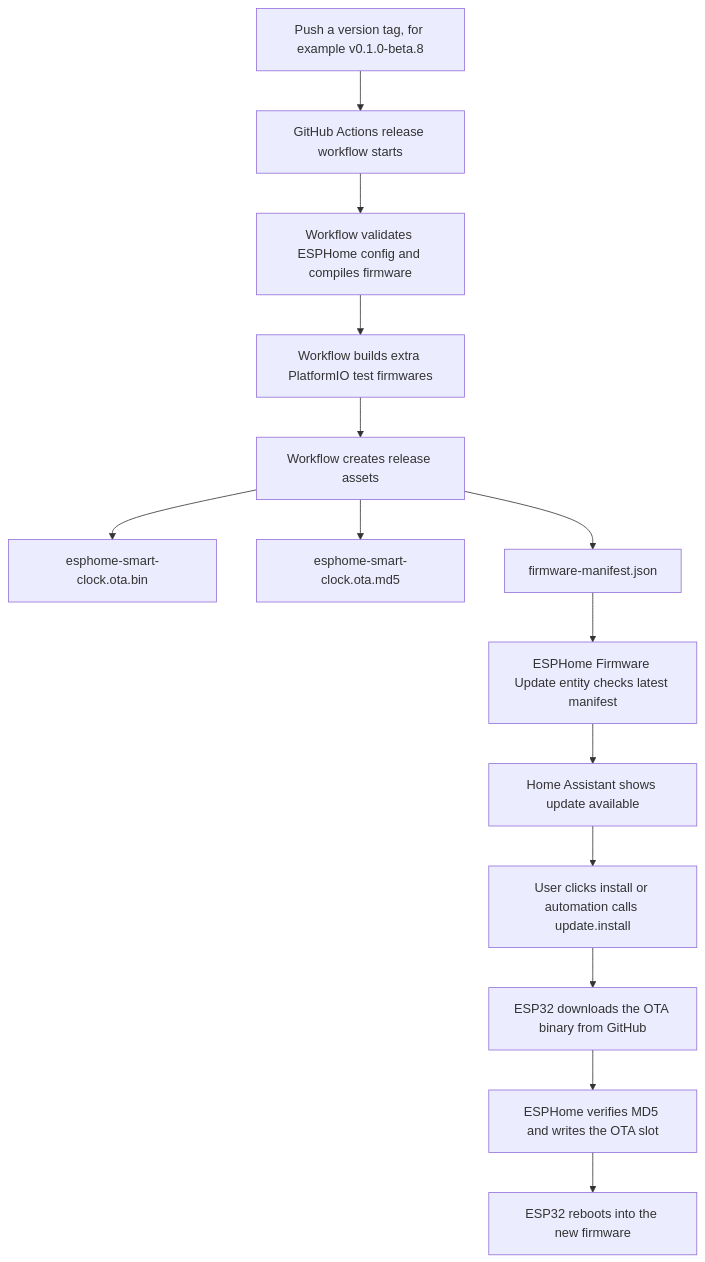
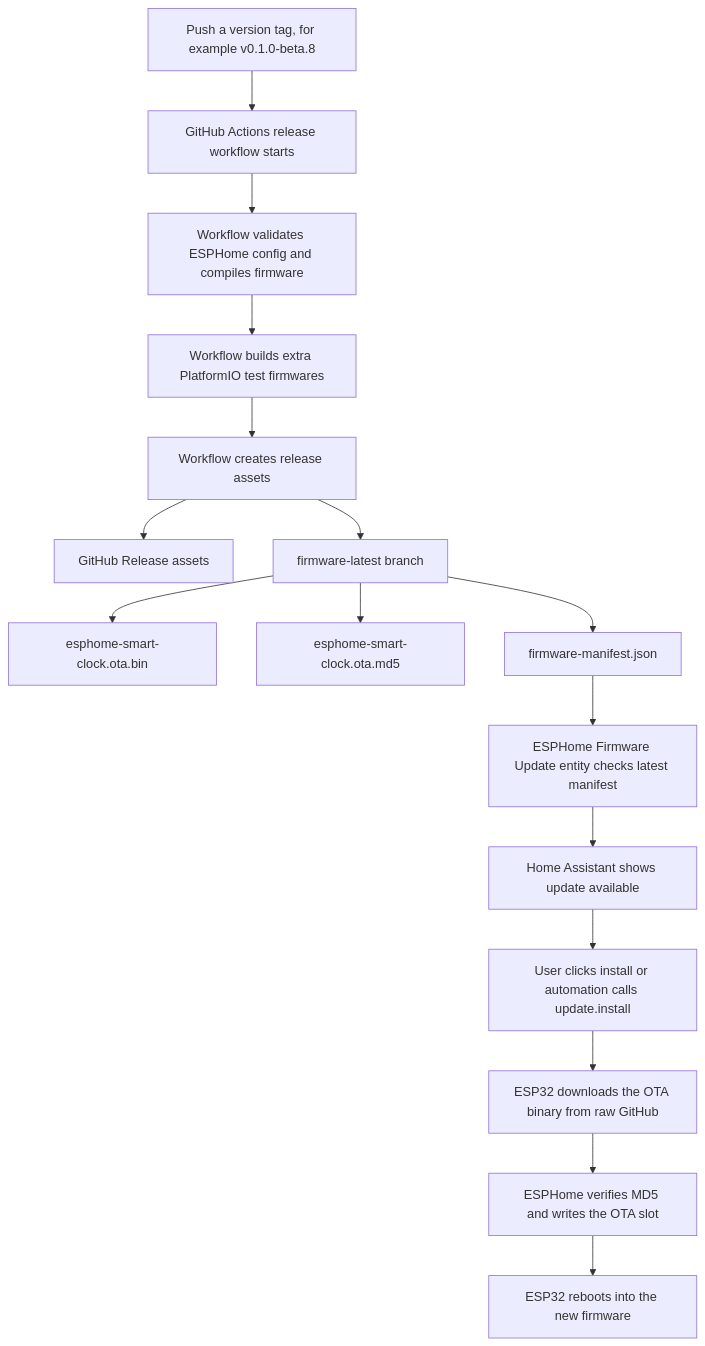
The diagram in docs/wiki/Development-And-Releases.md (NirBY/ESP32_Smart_Clock), drawn with Mermaid before and after one commit. The commit also changed other lines of this file and 4 other files, not shown here.

Commit message:
Use raw firmware update channel

````diff
--- a/docs/wiki/Development-And-Releases.md
+++ b/docs/wiki/Development-And-Releases.md
@@ -225,16 +232,18 @@
 ```mermaid
 flowchart TD
   A["Push a version tag, for example v0.1.0-beta.8"] --> B["GitHub Actions release workflow starts"]
   B --> C["Workflow validates ESPHome config and compiles firmware"]
   C --> D["Workflow builds extra PlatformIO test firmwares"]
   D --> E["Workflow creates release assets"]
-  E --> F["esphome-smart-clock.ota.bin"]
-  E --> G["esphome-smart-clock.ota.md5"]
-  E --> H["firmware-manifest.json"]
-  H --> I["ESPHome Firmware Update entity checks latest manifest"]
-  I --> J["Home Assistant shows update available"]
-  J --> K["User clicks install or automation calls update.install"]
-  K --> L["ESP32 downloads the OTA binary from GitHub"]
-  L --> M["ESPHome verifies MD5 and writes the OTA slot"]
-  M --> N["ESP32 reboots into the new firmware"]
+  E --> F["GitHub Release assets"]
+  E --> G["firmware-latest branch"]
+  G --> H["esphome-smart-clock.ota.bin"]
+  G --> I["esphome-smart-clock.ota.md5"]
+  G --> J["firmware-manifest.json"]
+  J --> K["ESPHome Firmware Update entity checks latest manifest"]
+  K --> L["Home Assistant shows update available"]
+  L --> M["User clicks install or automation calls update.install"]
+  M --> N["ESP32 downloads the OTA binary from raw GitHub"]
+  N --> O["ESPHome verifies MD5 and writes the OTA slot"]
+  O --> P["ESP32 reboots into the new firmware"]
 ```
````
